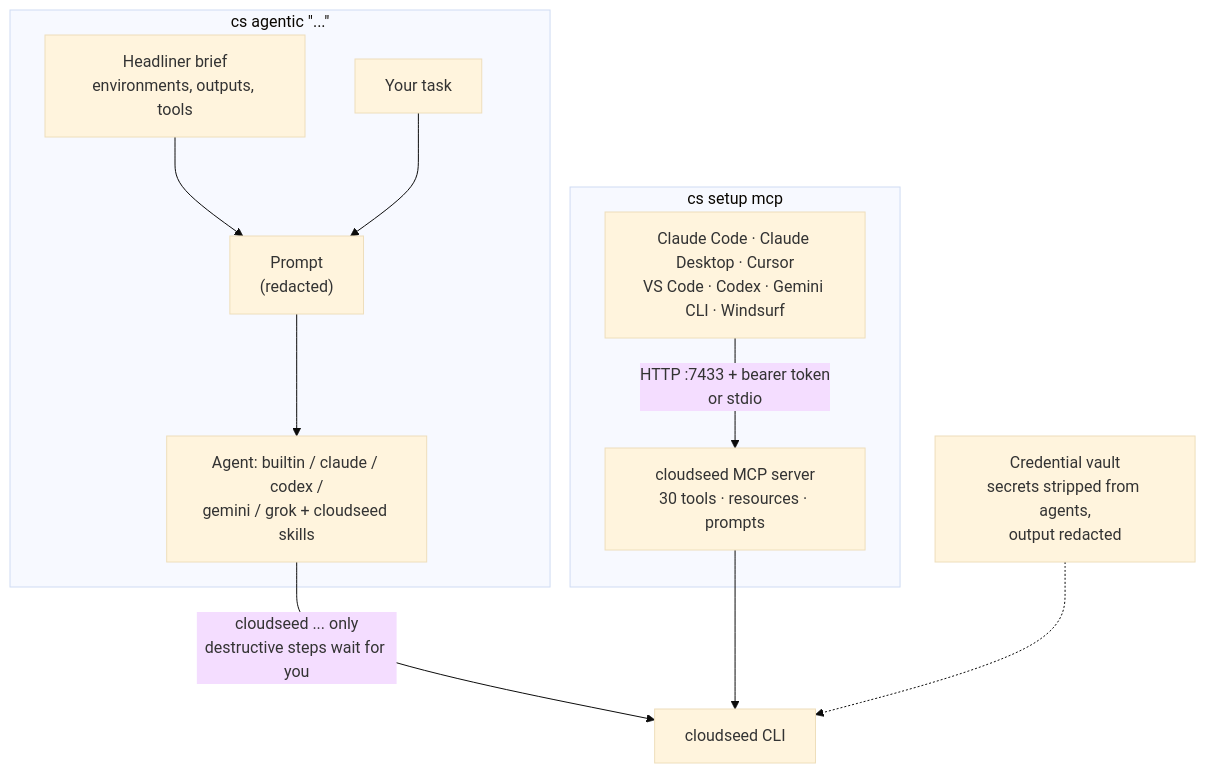
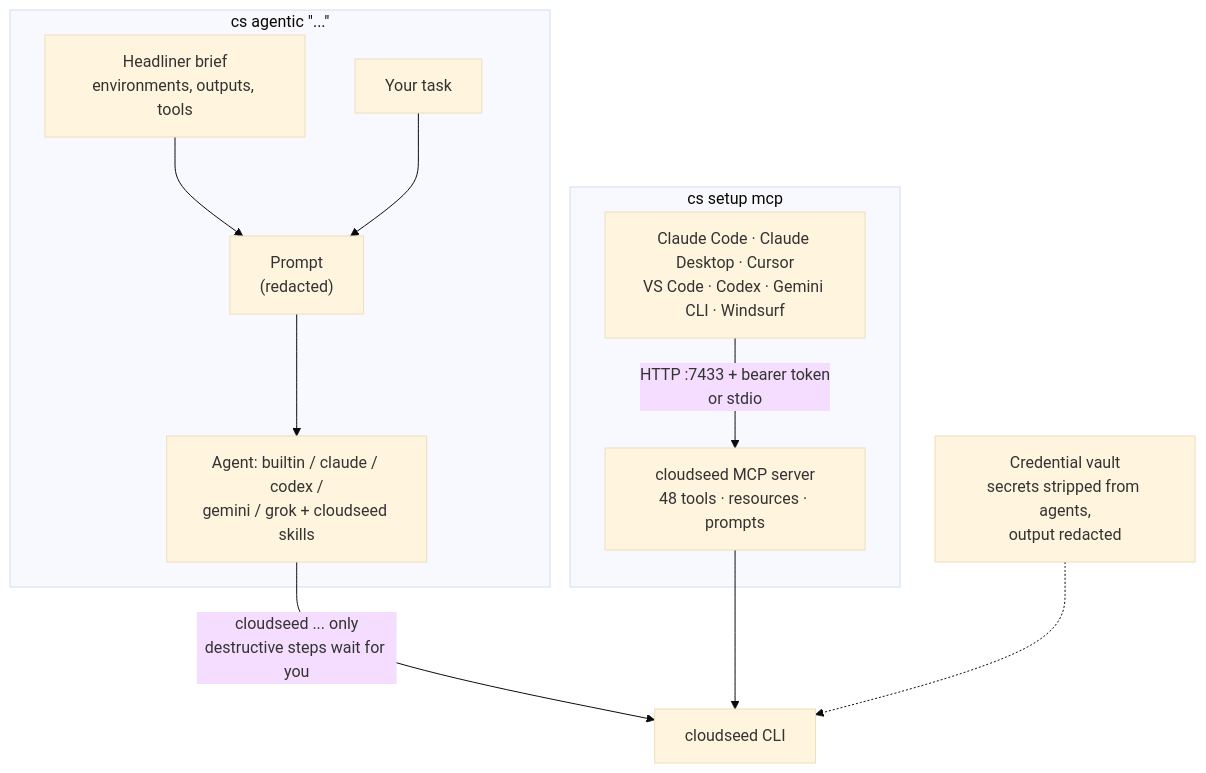
One commit to nimeshbuilds/cloudseed changed the diagram in docs/scenarios/14-ai-agents-and-mcp.md. Above: the diagram before and after it, drawn with Mermaid (base theme). The commit also changed other lines of this file and 118 other files, not shown here.

````diff
--- a/docs/scenarios/14-ai-agents-and-mcp.md
+++ b/docs/scenarios/14-ai-agents-and-mcp.md
@@ -25,14 +25,14 @@
 ```mermaid
 flowchart TB
   subgraph agentic["cs agentic #quot;...#quot;"]
     brief["Headliner brief<br/>environments, outputs, tools"] --> prompt["Prompt<br/>(redacted)"]
     task["Your task"] --> prompt
     prompt --> agent["Agent: builtin / claude / codex /<br/>gemini / grok + cloudseed skills"]
   end
   subgraph mcp["cs setup mcp"]
-    clients["Claude Code · Claude Desktop · Cursor<br/>VS Code · Codex · Gemini CLI · Windsurf"] -- "HTTP :7433 + bearer token<br/>or stdio" --> server["cloudseed MCP server<br/>30 tools · resources · prompts"]
+    clients["Claude Code · Claude Desktop · Cursor<br/>VS Code · Codex · Gemini CLI · Windsurf"] -- "HTTP :7433 + bearer token<br/>or stdio" --> server["cloudseed MCP server<br/>48 tools · resources · prompts"]
   end
   agent -- "cloudseed ... only<br/>destructive steps wait for you" --> cli["cloudseed CLI"]
   server --> cli
   vault["Credential vault<br/>secrets stripped from agents,<br/>output redacted"] -.-> cli
 ```
````
